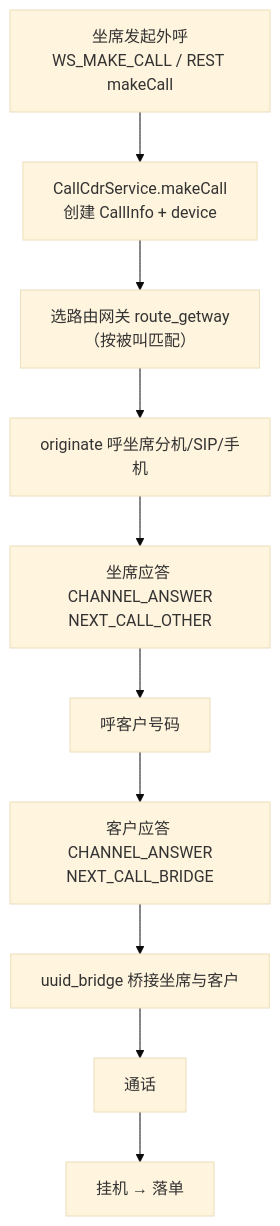
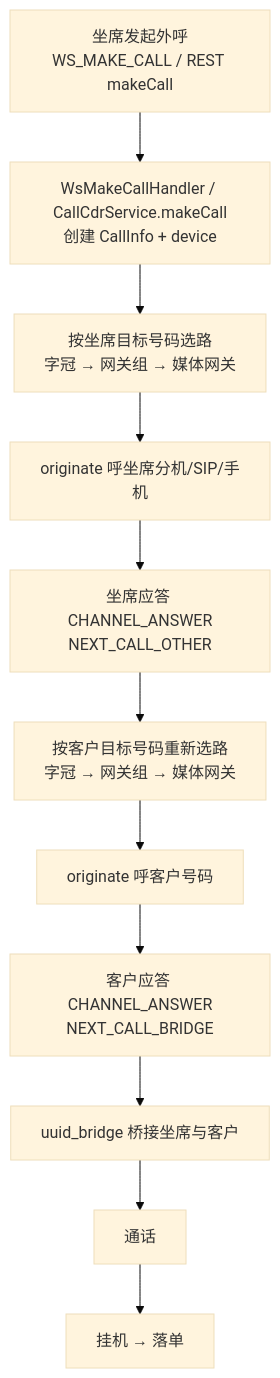
The fourth of 9 diagrams in docs/02-业务流程.md (dongjb741280/ai-call-center), drawn with Mermaid (base theme) before and after one commit. The commit also changed other lines of this file and 2 other files, not shown here.

Commit message:
docs: clarify prefix routing and gateway call flows

````diff
--- a/docs/02-业务流程.md
+++ b/docs/02-业务流程.md
@@ -154,12 +160,13 @@
 ```mermaid
 flowchart TD
-    A["坐席发起外呼<br/>WS_MAKE_CALL / REST makeCall"] --> B["CallCdrService.makeCall<br/>创建 CallInfo + device"]
-    B --> C["选路由网关 route_getway<br/>（按被叫匹配）"]
+    A["坐席发起外呼<br/>WS_MAKE_CALL / REST makeCall"] --> B["WsMakeCallHandler / CallCdrService.makeCall<br/>创建 CallInfo + device"]
+    B --> C["按坐席目标号码选路<br/>字冠 → 网关组 → 媒体网关"]
     C --> D["originate 呼坐席分机/SIP/手机"]
     D --> E["坐席应答 CHANNEL_ANSWER<br/>NEXT_CALL_OTHER"]
-    E --> F["呼客户号码"]
+    E --> E1["按客户目标号码重新选路<br/>字冠 → 网关组 → 媒体网关"]
+    E1 --> F["originate 呼客户号码"]
     F --> G["客户应答 CHANNEL_ANSWER<br/>NEXT_CALL_BRIDGE"]
     G --> H["uuid_bridge 桥接坐席与客户"]
     H --> I[通话]
     I --> J[挂机 → 落单]
 ```
````
